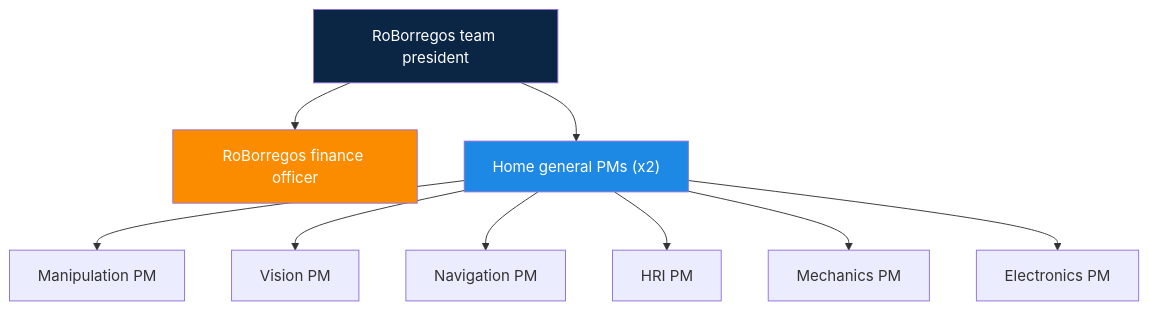
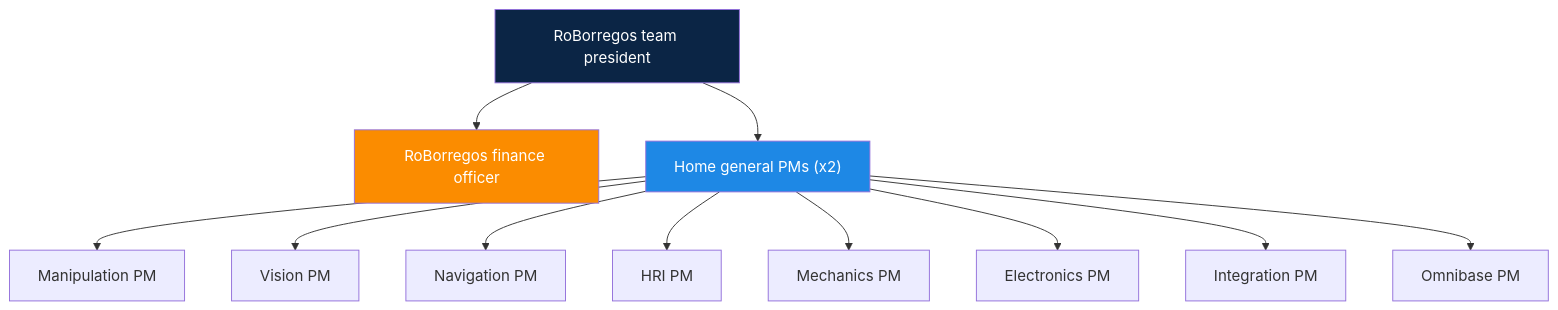
The first of 2 diagrams in docs/development/pm/overview.md (RoBorregos/Home-Docs), drawn with Mermaid before and after one commit. The commit also changed other lines of this file and 1 other file, not shown here.

````diff
--- a/docs/development/pm/overview.md
+++ b/docs/development/pm/overview.md
@@ -66,25 +75,29 @@
 ```mermaid
 flowchart TB
     Pres["RoBorregos team president"]
     Fin["RoBorregos finance officer"]
     PMG["Home general PMs (x2)"]
     PMM["Manipulation PM"]
     PMV["Vision PM"]
     PMN["Navigation PM"]
     PMH["HRI PM"]
     PMMec["Mechanics PM"]
     PMElec["Electronics PM"]
+    PMI["Integration PM"]
+    PMO["Omnibase PM"]
 
     Pres --> PMG
     Pres --> Fin
     PMG --> PMM
     PMG --> PMV
     PMG --> PMN
     PMG --> PMH
     PMG --> PMMec
     PMG --> PMElec
+    PMG --> PMI
+    PMG --> PMO
 
     style Pres fill:#0b2545,color:#fff
     style PMG fill:#1e88e5,color:#fff
     style Fin fill:#fb8c00,color:#fff
 ```
````
